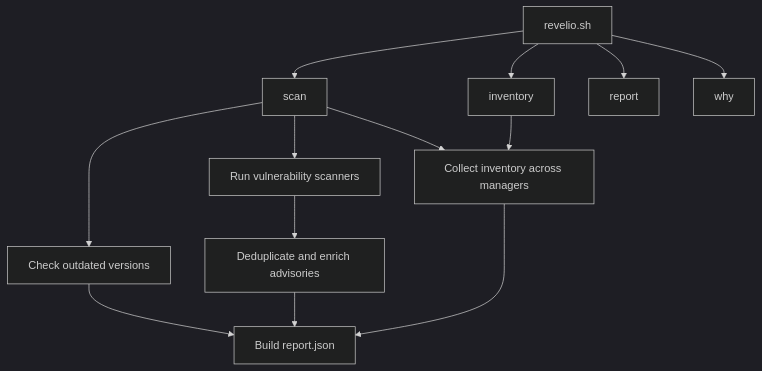
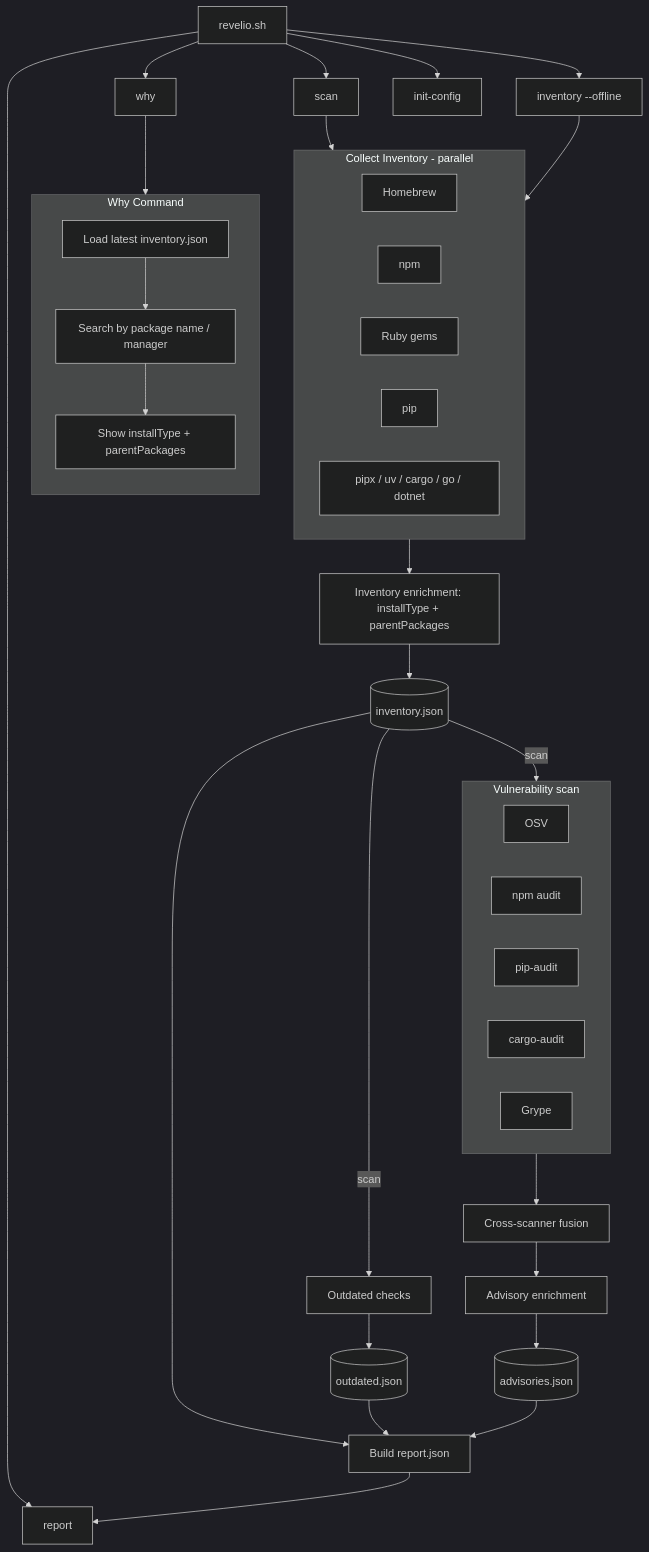
Before and after one commit to a-magdy/revelio: the diagram in README.md, drawn with Mermaid (dark theme). The commit also changed other lines of this file, not shown here.

Commit message:
feat: enhance README with new commands and detailed inventory enrichment information

````diff
--- a/README.md
+++ b/README.md
@@ -148,17 +184,53 @@
 ```mermaid
 flowchart TD
     CLI["revelio.sh <command>"]
     CLI --> SCAN["scan"]
-    CLI --> INV["inventory"]
+    CLI --> INV["inventory --offline"]
+    CLI --> WHY["why <package>"]
     CLI --> REPORT["report"]
-    CLI --> WHY["why <package>"]
+    CLI --> INIT["init-config"]
 
-    SCAN --> COLLECT["Collect inventory across managers"]
+    subgraph WHY_FLOW ["Why Command"]
+        direction TB
+        WHY_LOAD["Load latest inventory.json"]
+        WHY_SEARCH["Search by package name / manager"]
+        WHY_SHOW["Show installType + parentPackages"]
+        WHY_LOAD --> WHY_SEARCH --> WHY_SHOW
+    end
+    WHY --> WHY_LOAD
+
+    SCAN --> COLLECT
     INV --> COLLECT
-    SCAN --> OUTDATED["Check outdated versions"]
-    SCAN --> VULNS["Run vulnerability scanners"]
-    VULNS --> FUSION["Deduplicate and enrich advisories"]
-    OUTDATED --> BUILD["Build report.json"]
-    FUSION --> BUILD
-    COLLECT --> BUILD
+
+    subgraph COLLECT ["Collect Inventory - parallel"]
+        BREW["Homebrew"]
+        NPM["npm"]
+        GEM["Ruby gems"]
+        PIP["pip"]
+        OTHER["pipx / uv / cargo / go / dotnet"]
+    end
+
+    COLLECT --> ENRICH["Inventory enrichment: installType + parentPackages"]
+    ENRICH --> INVENTORY[("inventory.json")]
+
+    INVENTORY -->|scan| OUTDATED["Outdated checks"]
+    OUTDATED --> OUTDATED_JSON[("outdated.json")]
+
+    INVENTORY -->|scan| VULNS
+    subgraph VULNS ["Vulnerability scan"]
+        OSV["OSV"]
+        NPMA["npm audit"]
+        PIPA["pip-audit"]
+        CARGOA["cargo-audit"]
+        GRYPE["Grype"]
+    end
+
+    VULNS --> FUSION["Cross-scanner fusion"]
+    FUSION --> ADVISORY_ENRICH["Advisory enrichment"]
+    ADVISORY_ENRICH --> ADVISORIES[("advisories.json")]
+
+    INVENTORY --> BUILD["Build report.json"]
+    OUTDATED_JSON --> BUILD
+    ADVISORIES --> BUILD
+    BUILD --> REPORT
 ```
````
